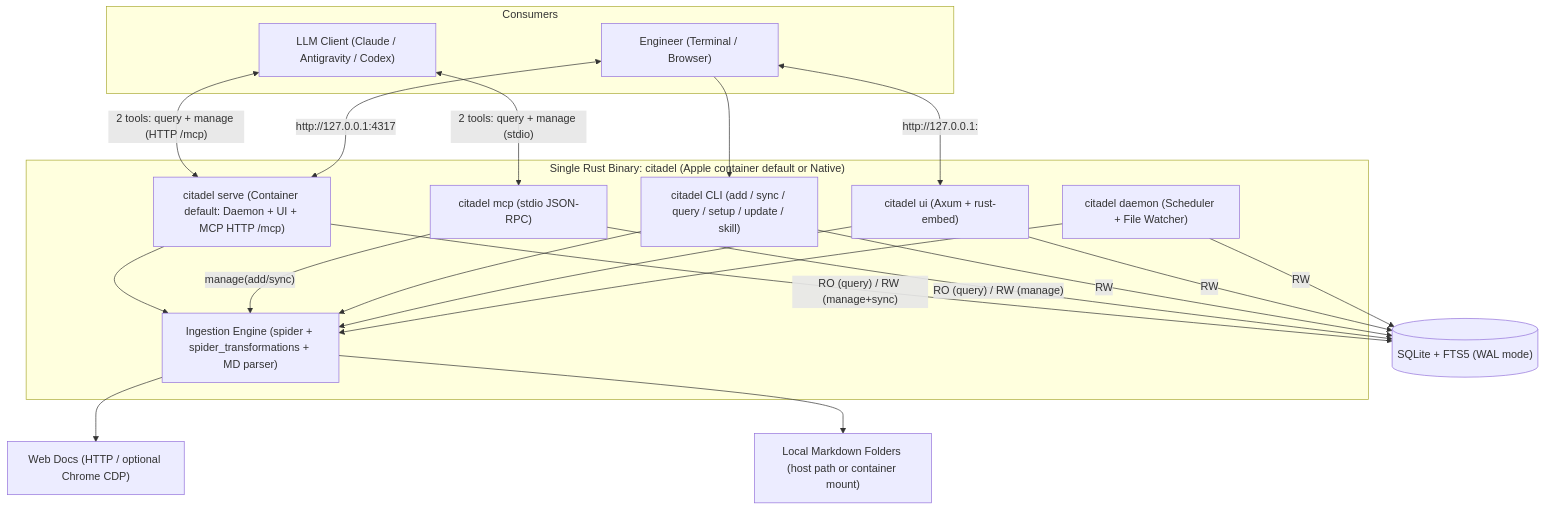
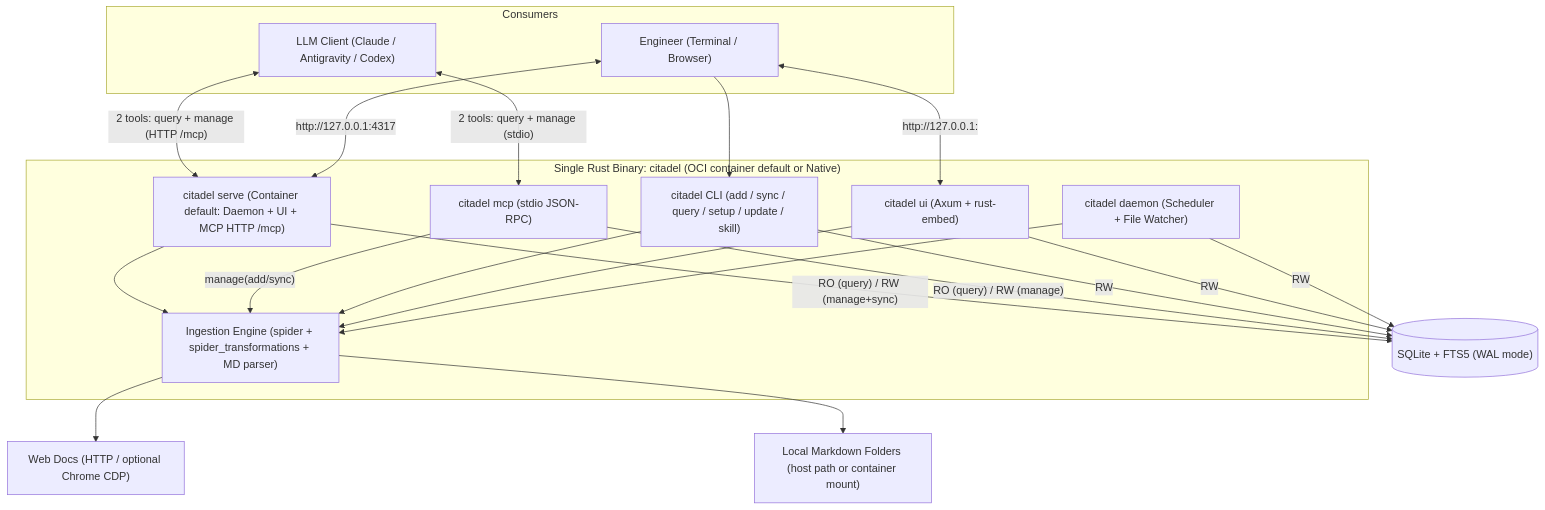
The diagram in Docs/SPEC.md (MaximeBeretvas/citadel), drawn with Mermaid before and after one commit. The commit also changed other lines of this file and 12 other files, not shown here.

First line of the commit message:
feat(build): make Docker the default container runtime, keep Apple container optional

````diff
--- a/Docs/SPEC.md
+++ b/Docs/SPEC.md
@@ -15,40 +15,40 @@
 ```mermaid
 flowchart TB
     subgraph Clients["Consumers"]
         LLM["LLM Client (Claude / Antigravity / Codex)"]
         User["Engineer (Terminal / Browser)"]
     end
 
-    subgraph Binary["Single Rust Binary: citadel (Apple container default or Native)"]
+    subgraph Binary["Single Rust Binary: citadel (OCI container default or Native)"]
         Serve["citadel serve (Container default: Daemon + UI + MCP HTTP /mcp)"]
         MCP["citadel mcp (stdio JSON-RPC)"]
         CLI["citadel CLI (add / sync / query / setup / update / skill)"]
         UI["citadel ui (Axum + rust-embed)"]
         Daemon["citadel daemon (Scheduler + File Watcher)"]
         Crawler["Ingestion Engine (spider + spider_transformations + MD parser)"]
     end
 
     DB[("SQLite + FTS5 (WAL mode)")]
     Web["Web Docs (HTTP / optional Chrome CDP)"]
     Local["Local Markdown Folders (host path or container mount)"]
 
     LLM <-->|"2 tools: query + manage (HTTP /mcp)"| Serve
     LLM <-->|"2 tools: query + manage (stdio)"| MCP
     User --> CLI
     User <-->|"http://127.0.0.1:4317"| Serve
     User <-->|"http://127.0.0.1:<port>"| UI
 
     Serve -->|"RO (query) / RW (manage+sync)"| DB
     MCP -->|"RO (query) / RW (manage)"| DB
     CLI -->|"RW"| DB
     UI -->|"RW"| DB
     Daemon -->|"RW"| DB
 
     Serve --> Crawler
     MCP -->|"manage(add/sync)"| Crawler
     CLI --> Crawler
     UI --> Crawler
     Daemon --> Crawler
     Crawler --> Web
     Crawler --> Local
 ```
````
